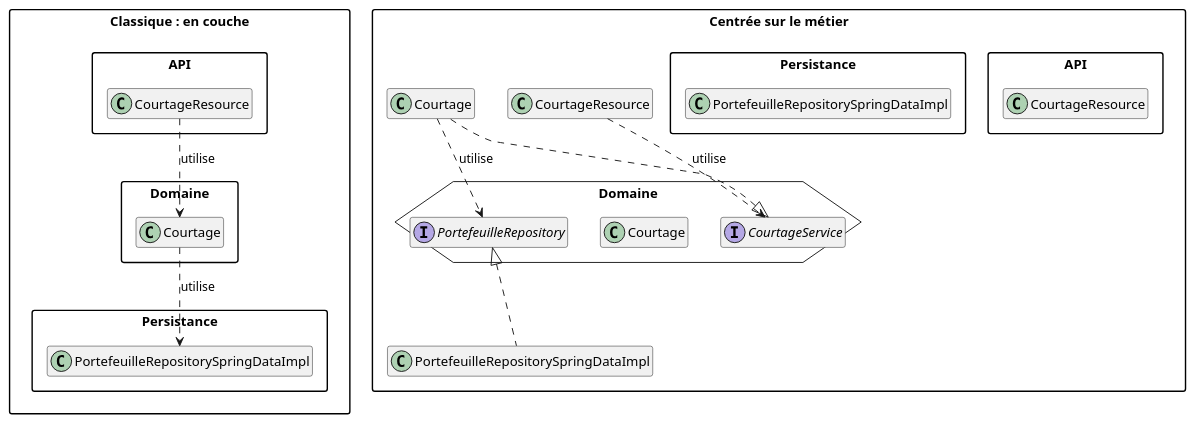
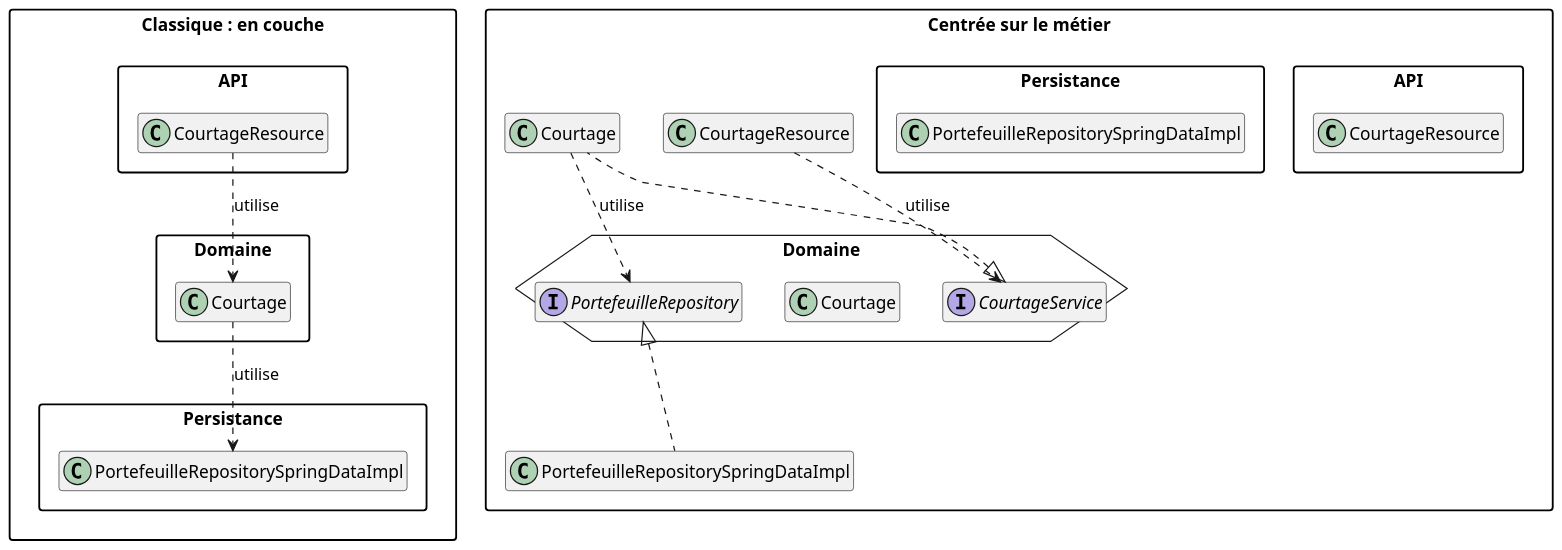
One commit to javathought/lab-archi-hexa changed the second of 11 diagrams in README.md. Above: the diagram before and after it, drawn with PlantUML. The commit also changed other lines of this file and 16 other files, not shown here.

````diff
--- a/README.md
+++ b/README.md
@@ -130,39 +130,40 @@
 ```plantuml
 @startuml
 allowmixing
 skinparam packageStyle rectangle
 skinparam package.backgroundColor white
 hide empty members
+scale 580 height
 
 namespace "Classique : en couche" as classique {
 	namespace API {
 		class CourtageResource
 	}
 	namespace Domaine {
 		class Courtage
 	}
 	namespace Persistance {
 		class PortefeuilleRepositorySpringDataImpl
 	}
 	classique.Domaine.Courtage ..>  classique.Persistance.PortefeuilleRepositorySpringDataImpl : utilise
 	classique.API.CourtageResource ..> classique.Domaine.Courtage : utilise
 }
 package "Centrée sur le métier" as hex {
 	package API {
 		class CourtageResource
 	}
 	package Domaine <<Hexagon>> {
 		interface CourtageService
 		class Courtage
 		interface PortefeuilleRepository
 	}
 	package Persistance {
 		class PortefeuilleRepositorySpringDataImpl
 	}
 	CourtageResource ..> CourtageService : utilise
 	CourtageService <|.. Courtage
 	Courtage ..>  PortefeuilleRepository : utilise
 	PortefeuilleRepository <|.. PortefeuilleRepositorySpringDataImpl
 }
 @enduml
 ```
````
